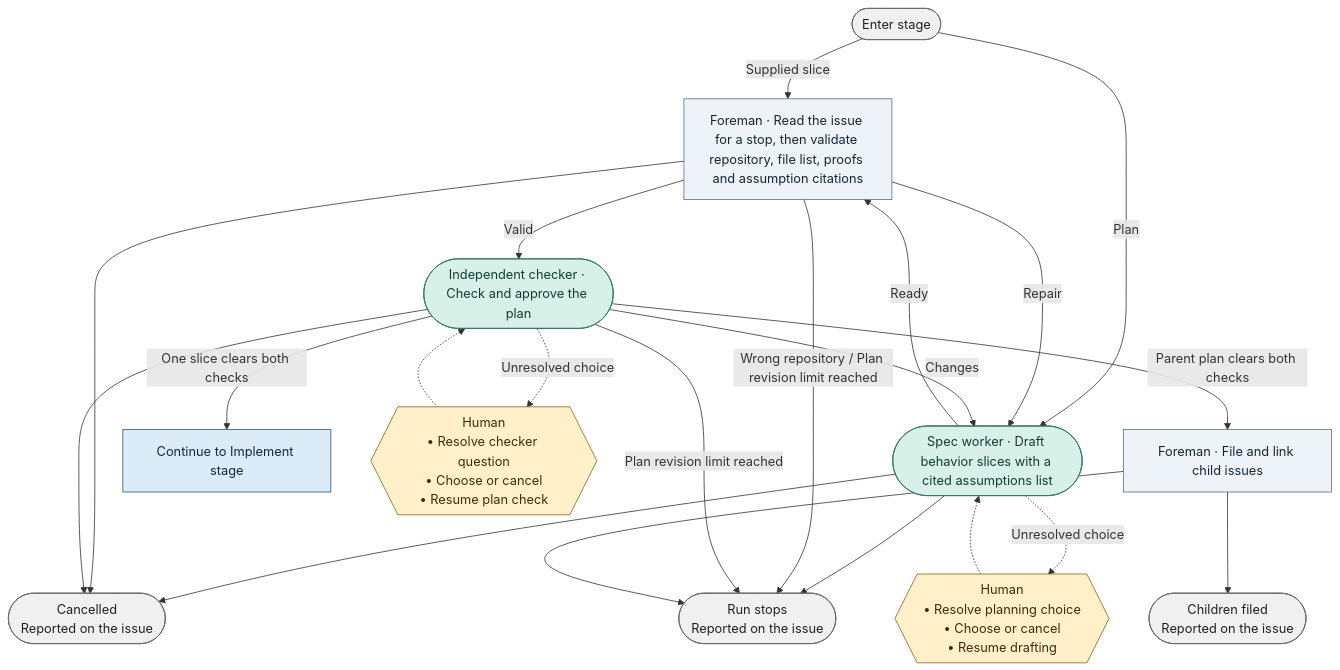
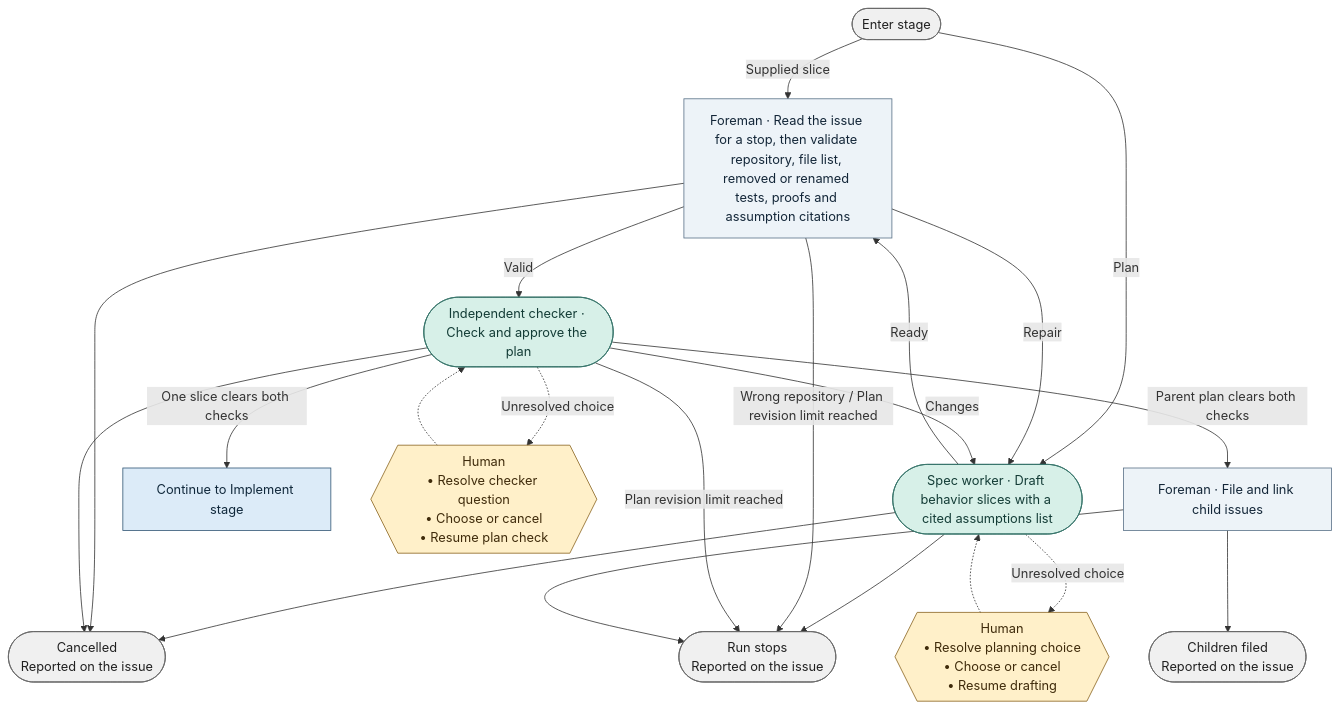
The diagram in docs/graph/blueprint/views/stages/spec.mmd (bookout-labs/tools), drawn with Mermaid before and after one commit. The commit also changed 14 other files, not shown here.

```diff
--- a/docs/graph/blueprint/views/stages/spec.mmd
+++ b/docs/graph/blueprint/views/stages/spec.mmd
@@ -1,37 +1,37 @@
 flowchart TD
     n0(["Enter stage"]):::terminal
     n1(["Spec worker · Draft behavior slices with a cited assumptions list"]):::worker
-    n2["Foreman · Read the issue for a stop, then validate repository, file list, proofs and assumption citations"]:::step
+    n2["Foreman · Read the issue for a stop, then validate repository, file list, removed or renamed tests, proofs and assumption citations"]:::step
     n3(["Independent checker · Check and approve the plan"]):::worker
     n4["Foreman · File and link child issues"]:::step
     n5(["Cancelled<br/>Reported on the issue"]):::terminal
     n6(["Run stops<br/>Reported on the issue"]):::terminal
     n7["Continue to Implement stage"]:::stage
     n8(["Children filed<br/>Reported on the issue"]):::terminal
     n9{{"Human<br/>• Resolve planning choice<br/>• Choose or cancel<br/>• Resume drafting"}}:::gate
     n10{{"Human<br/>• Resolve checker question<br/>• Choose or cancel<br/>• Resume plan check"}}:::gate
     n0 -->|"Supplied slice"| n2
     n0 -->|"Plan"| n1
     n1 -->|"Ready"| n2
     n1 --> n5
     n1 --> n6
     n2 -->|"Wrong repository / Plan revision limit reached"| n6
     n2 --> n5
     n2 -->|"Repair"| n1
     n2 -->|"Valid"| n3
     n3 -->|"Plan revision limit reached"| n6
     n3 -->|"Changes"| n1
     n3 --> n5
     n3 -->|"One slice clears both checks"| n7
     n3 -->|"Parent plan clears both checks"| n4
     n4 --> n8
     n4 --> n6
     n1 -.->|"Unresolved choice"| n9
     n9 -.-> n1
     n3 -.->|"Unresolved choice"| n10
     n10 -.-> n3
     classDef stage fill:#dcebf8,stroke:#315675,color:#10283b
     classDef step fill:#edf3f8,stroke:#597187,color:#132638
     classDef worker fill:#d7f0e8,stroke:#357369,color:#133c36
     classDef gate fill:#fff0c9,stroke:#89641f,color:#3f2b0b
     classDef terminal fill:#f0f0f0,stroke:#666666,color:#202020
```
